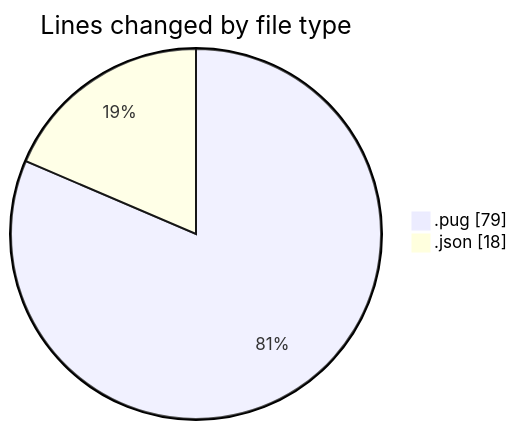
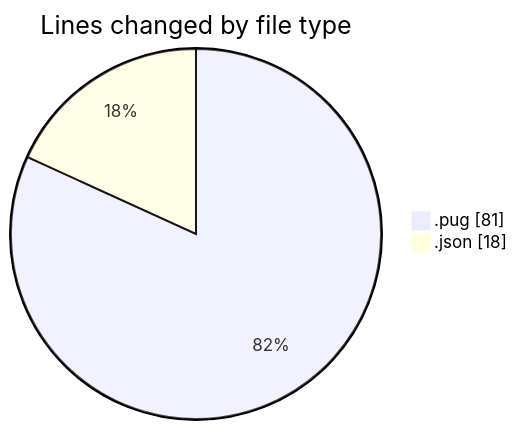
One commit to momahboobian/code-tracking changed the first of 2 diagrams in 2025-11-03/cda/README.md. Above: the diagram before and after it, drawn with Mermaid. The commit also changed other lines of this file and 1 other file, not shown here.

````diff
--- a/2025-11-03/cda/README.md
+++ b/2025-11-03/cda/README.md
@@ -21,6 +21,6 @@
 ```mermaid
 pie showData
 title Lines changed by file type
-".pug" : 79
+".pug" : 81
 ".json" : 18
 ```
````
